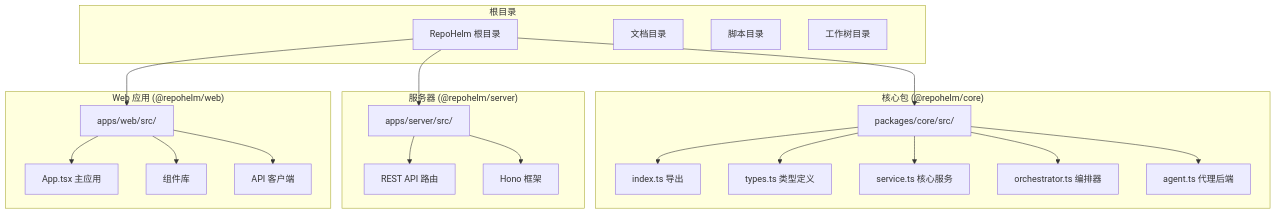
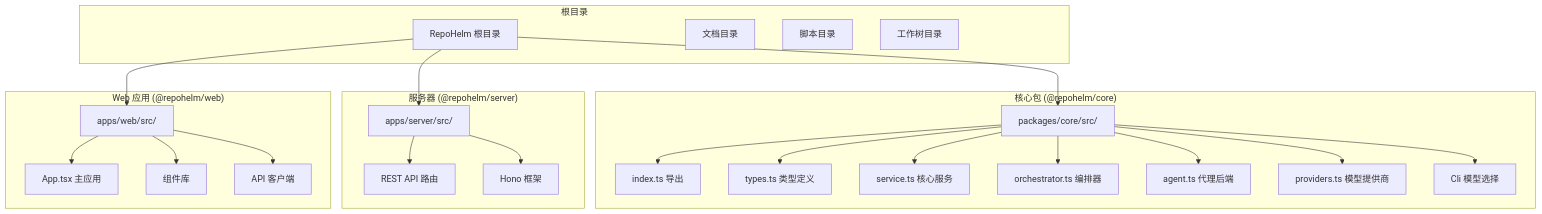
One commit to coconilu/RepoHelm changed the first of 13 diagrams in .qoder/repowiki/zh/content/快速开始/Claude Code 集成指南/Claude 质量门工作流系统.md. Above: the diagram before and after it, drawn with Mermaid. The commit also changed other lines of this file and 14 other files, not shown here.

````diff
--- a/.qoder/repowiki/zh/content/快速开始/Claude Code 集成指南/Claude 质量门工作流系统.md
+++ b/.qoder/repowiki/zh/content/快速开始/Claude Code 集成指南/Claude 质量门工作流系统.md
@@ -50,41 +63,45 @@
 ```mermaid
 graph TB
 subgraph "根目录"
 Root[RepoHelm 根目录]
 Docs[文档目录]
 Scripts[脚本目录]
 Worktrees[工作树目录]
 end
 subgraph "核心包 (@repohelm/core)"
 CoreSrc[packages/core/src/]
 CoreIndex[index.ts 导出]
 CoreTypes[types.ts 类型定义]
 CoreService[service.ts 核心服务]
 CoreOrchestrator[orchestrator.ts 编排器]
 CoreAgent[agent.ts 代理后端]
+CoreProviders[providers.ts 模型提供商]
+CoreCli[Cli 模型选择]
 end
 subgraph "服务器 (@repohelm/server)"
 ServerSrc[apps/server/src/]
 ServerApi[REST API 路由]
 ServerHono[Hono 框架]
 end
 subgraph "Web 应用 (@repohelm/web)"
 WebSrc[apps/web/src/]
 WebApp[App.tsx 主应用]
 WebComponents[组件库]
 WebApi[API 客户端]
 end
 Root --> CoreSrc
 Root --> ServerSrc
 Root --> WebSrc
 CoreSrc --> CoreIndex
 CoreSrc --> CoreTypes
 CoreSrc --> CoreService
 CoreSrc --> CoreOrchestrator
 CoreSrc --> CoreAgent
+CoreSrc --> CoreProviders
+CoreSrc --> CoreCli
 ServerSrc --> ServerApi
 ServerSrc --> ServerHono
 WebSrc --> WebApp
 WebSrc --> WebComponents
 WebSrc --> WebApi
 ```
````
